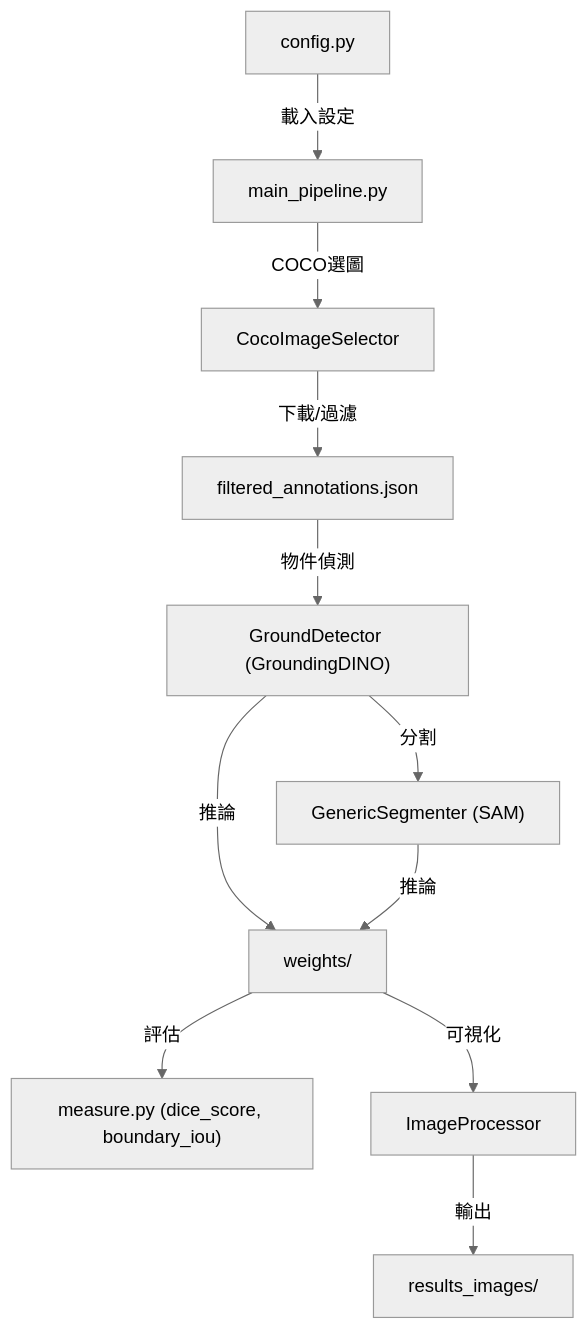
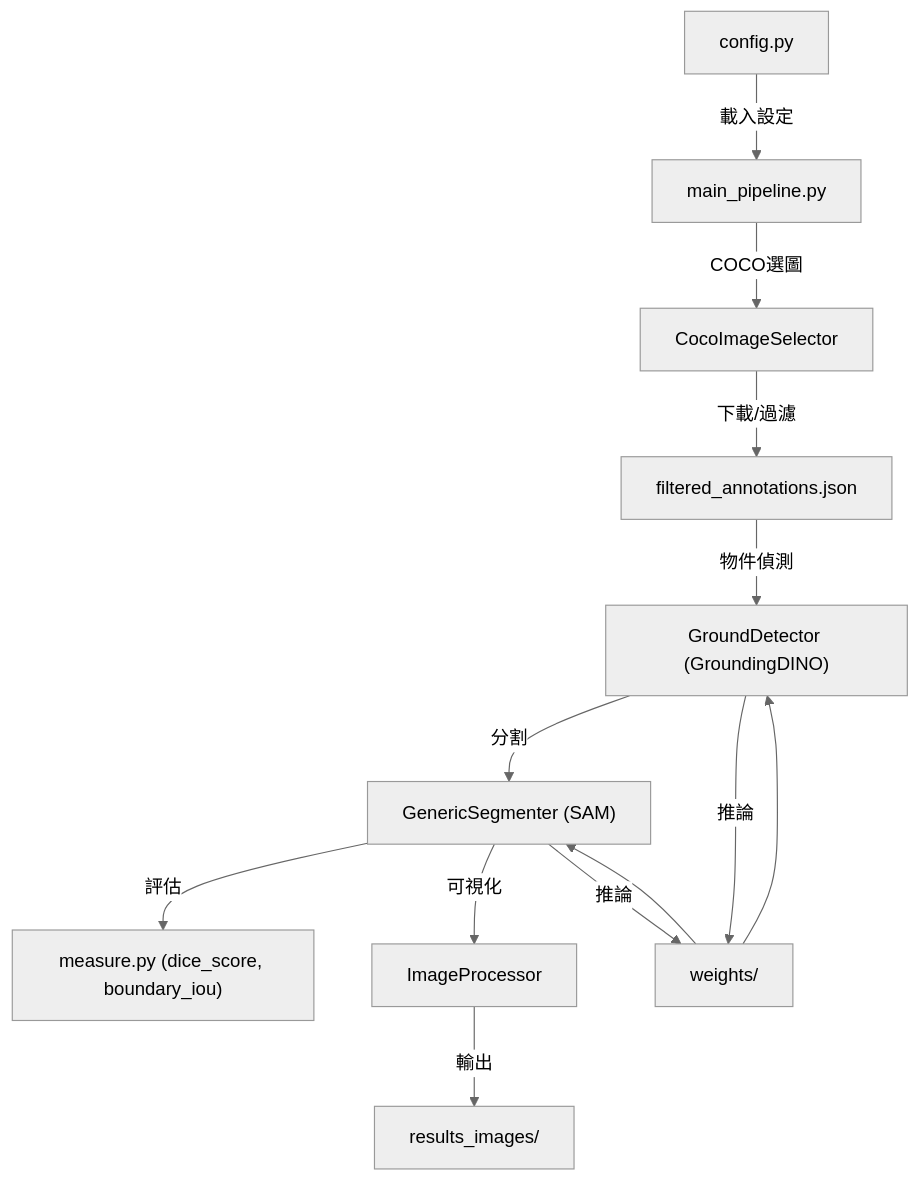
Before and after one commit to ykk8687/Metrology: the second of 2 diagrams in README.md, drawn with Mermaid (neutral theme).

Commit message:
test README.md mermaid

````diff
--- a/README.md
+++ b/README.md
@@ -57,12 +57,14 @@
 ```mermaid
 graph TD;
     B["config.py"] -->|載入設定| A["main_pipeline.py"];
     A -->|COCO選圖| C["CocoImageSelector"];
     C -->|下載/過濾| H["filtered_annotations.json"];
     H -->|物件偵測| D["GroundDetector (GroundingDINO)"];
     D -->|分割| E["GenericSegmenter (SAM)"];
-    I["weights/"] -->|評估| F["measure.py (dice_score, boundary_iou)"];
-    I -->|可視化| G["ImageProcessor"];
+    E -->|評估| F["measure.py (dice_score, boundary_iou)"];
+    I["weights/"] --> D
+    I["weights/"] --> E
+    E -->|可視化| G["ImageProcessor"];
     D & E -->|推論| I;
     G -->|輸出| J["results_images/"];
 ```
````
